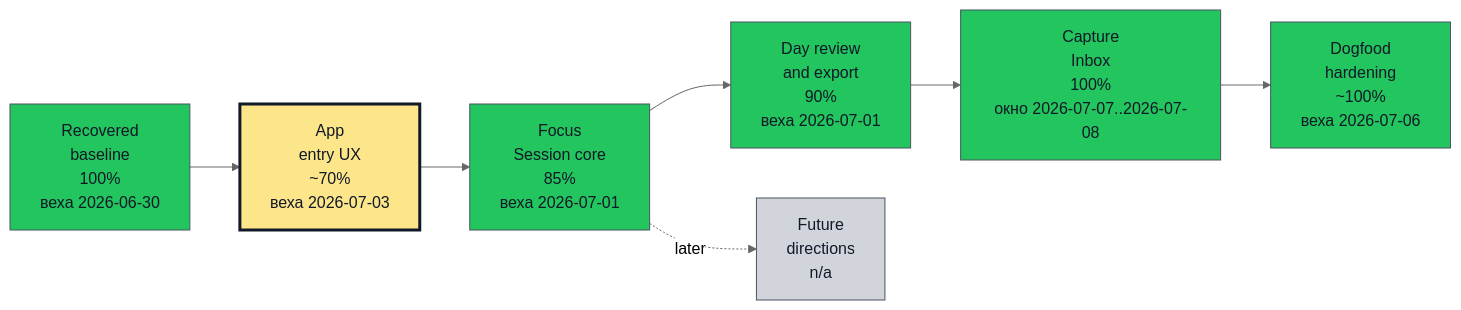
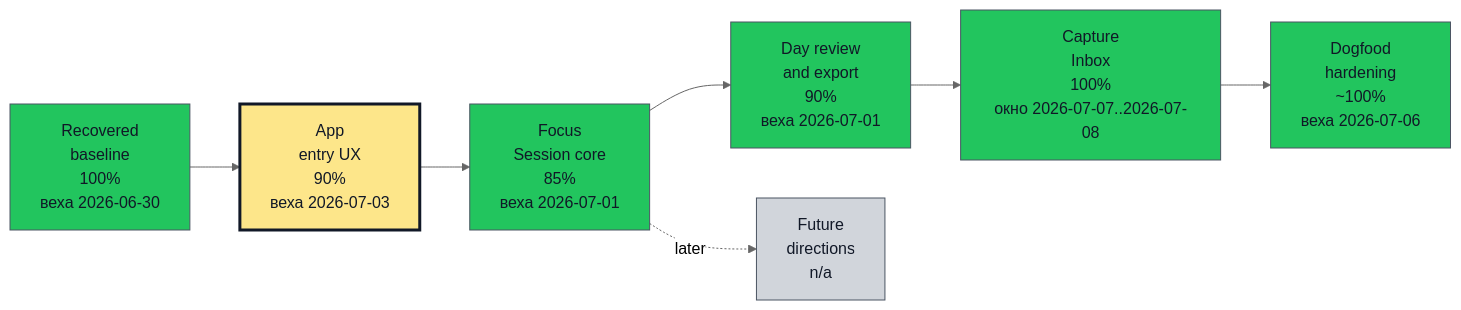
One commit to asukhodko/timeskein changed the first of 2 diagrams in docs/roadmap/opskarta.md. Above: the diagram before and after it, drawn with Mermaid (neutral theme). The commit also changed other lines of this file and 11 other files, not shown here.

````diff
--- a/docs/roadmap/opskarta.md
+++ b/docs/roadmap/opskarta.md
@@ -19,35 +19,35 @@
 ```mermaid
 flowchart LR
 
     classDef exec_done fill:#22c55e,stroke:#4b5563,color:#111827,stroke-width:1px
     classDef exec_in_progress fill:#0ea5e9,stroke:#4b5563,color:#111827,stroke-width:1px
     classDef exec_blocked fill:#fecaca,stroke:#4b5563,color:#111827,stroke-width:1px
     classDef exec_not_started fill:#9ca3af,stroke:#4b5563,color:#111827,stroke-width:1px
     classDef exec_mgmt_green fill:#86efac,stroke:#4b5563,color:#111827,stroke-width:1px
     classDef exec_mgmt_yellow fill:#fde68a,stroke:#4b5563,color:#111827,stroke-width:1px
     classDef exec_mgmt_red fill:#fca5a5,stroke:#4b5563,color:#111827,stroke-width:1px
     classDef exec_mgmt_neutral fill:#d1d5db,stroke:#4b5563,color:#111827,stroke-width:1px
 
     recovered_baseline["Recovered<br/>baseline<br/>100%<br/>веха 2026-06-30"]
     class recovered_baseline exec_done
-    app_entry_ux["App<br/>entry UX<br/>~70%<br/>веха 2026-07-03"]
+    app_entry_ux["App<br/>entry UX<br/>90%<br/>веха 2026-07-03"]
     class app_entry_ux exec_mgmt_yellow
     style app_entry_ux stroke:#111827,stroke-width:3px
     focus_session_core["Focus<br/>Session core<br/>85%<br/>веха 2026-07-01"]
     class focus_session_core exec_done
     day_review_export["Day review<br/>and export<br/>90%<br/>веха 2026-07-01"]
     class day_review_export exec_done
     capture_inbox["Capture<br/>Inbox<br/>100%<br/>окно 2026-07-07..2026-07-08"]
     class capture_inbox exec_done
     dogfood_hardening["Dogfood<br/>hardening<br/>~100%<br/>веха 2026-07-06"]
     class dogfood_hardening exec_done
     future_directions["Future<br/>directions<br/>n/a"]
     class future_directions exec_mgmt_neutral
 
     recovered_baseline --> app_entry_ux
     app_entry_ux --> focus_session_core
     focus_session_core --> day_review_export
     day_review_export --> capture_inbox
     capture_inbox --> dogfood_hardening
     focus_session_core -. later .-> future_directions
 ```
````
